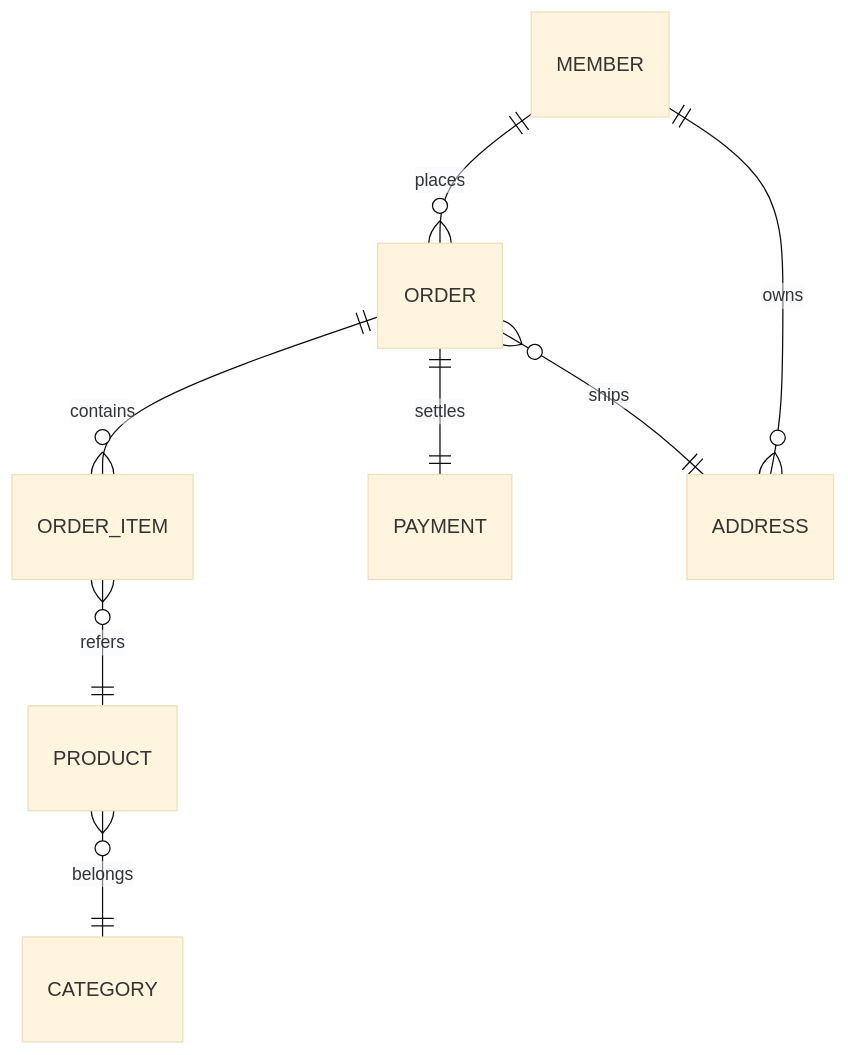
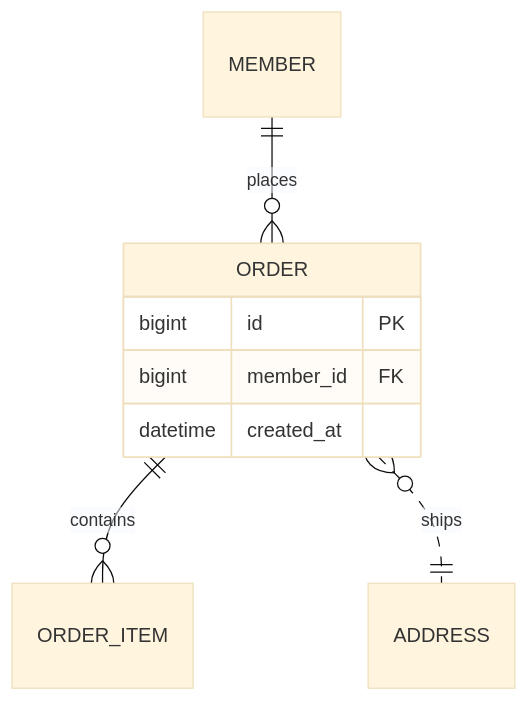
One commit to 1989v/msa changed the fourth of 5 diagrams in docs/drafts/2026-09-fencesvg.md. Above: the diagram before and after it, drawn with Mermaid (base theme). The commit also changed other lines of this file and 11 other files, not shown here.

````diff
--- a/docs/drafts/2026-09-fencesvg.md
+++ b/docs/drafts/2026-09-fencesvg.md
@@ -259,11 +243,12 @@
 ```mermaid
 %% caption: 주문 한 건이 여러 항목과 결제를 갖는다
 erDiagram
+  ORDER {
+    bigint id PK
+    bigint member_id FK
+    datetime created_at
+  }
   MEMBER ||--o{ ORDER : places
   ORDER ||--o{ ORDER_ITEM : contains
-  ORDER_ITEM }o--|| PRODUCT : refers
-  ORDER ||--|| PAYMENT : settles
-  PRODUCT }o--|| CATEGORY : belongs
-  MEMBER ||--o{ ADDRESS : owns
-  ORDER }o--|| ADDRESS : ships
+  ORDER }o..|| ADDRESS : ships
 ```
````
